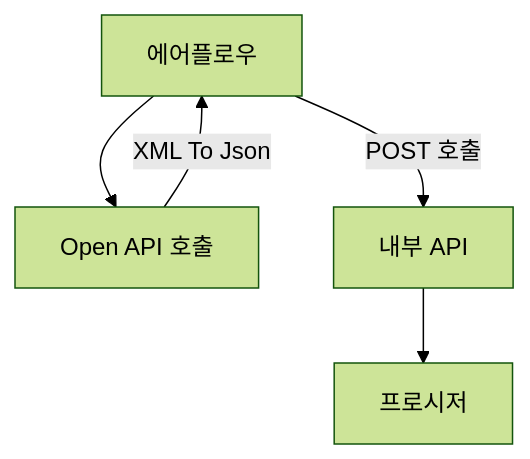
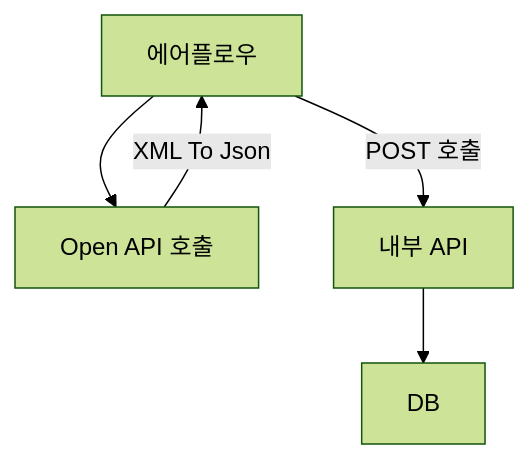
One commit to leedg92/Obsidian changed the diagram in 2차-부경대학교 AI기반 학생중심의 지능형 교육지원시스템 구축 프로젝트/워크넷(고용24) 연계.md. Above: the diagram before and after it, drawn with Mermaid (forest theme). The commit also changed other lines of this file, not shown here.

````diff
--- a/2차-부경대학교 AI기반 학생중심의 지능형 교육지원시스템 구축 프로젝트/워크넷(고용24) 연계.md
+++ b/2차-부경대학교 AI기반 학생중심의 지능형 교육지원시스템 구축 프로젝트/워크넷(고용24) 연계.md
@@ -8,10 +7,10 @@
 ```mermaid  
 flowchart TD
 
     %% 추가된 다른 경로
     A --> B[Open API 호출] -->|XML To Json| A;
 
     A[에어플로우] -->|POST 호출| C[내부 API];
-    C --> D[프로시저];
+    C --> D[DB];
 
 ```
````
